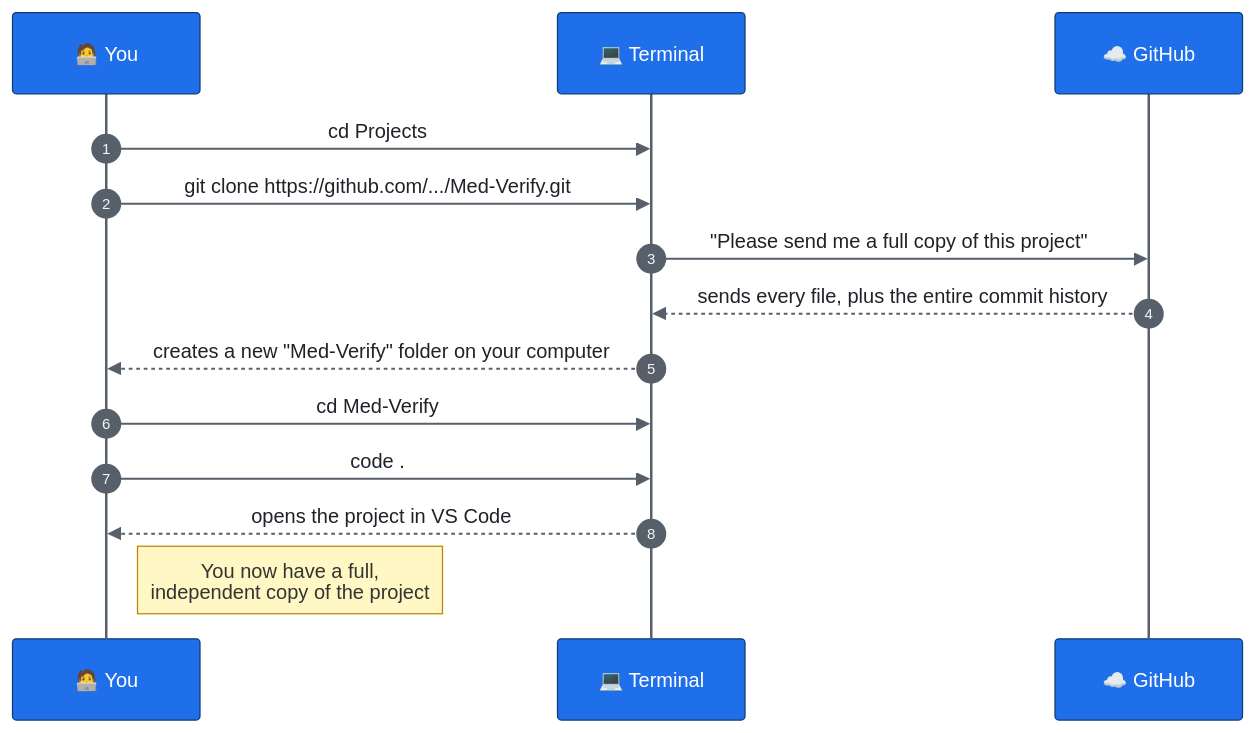
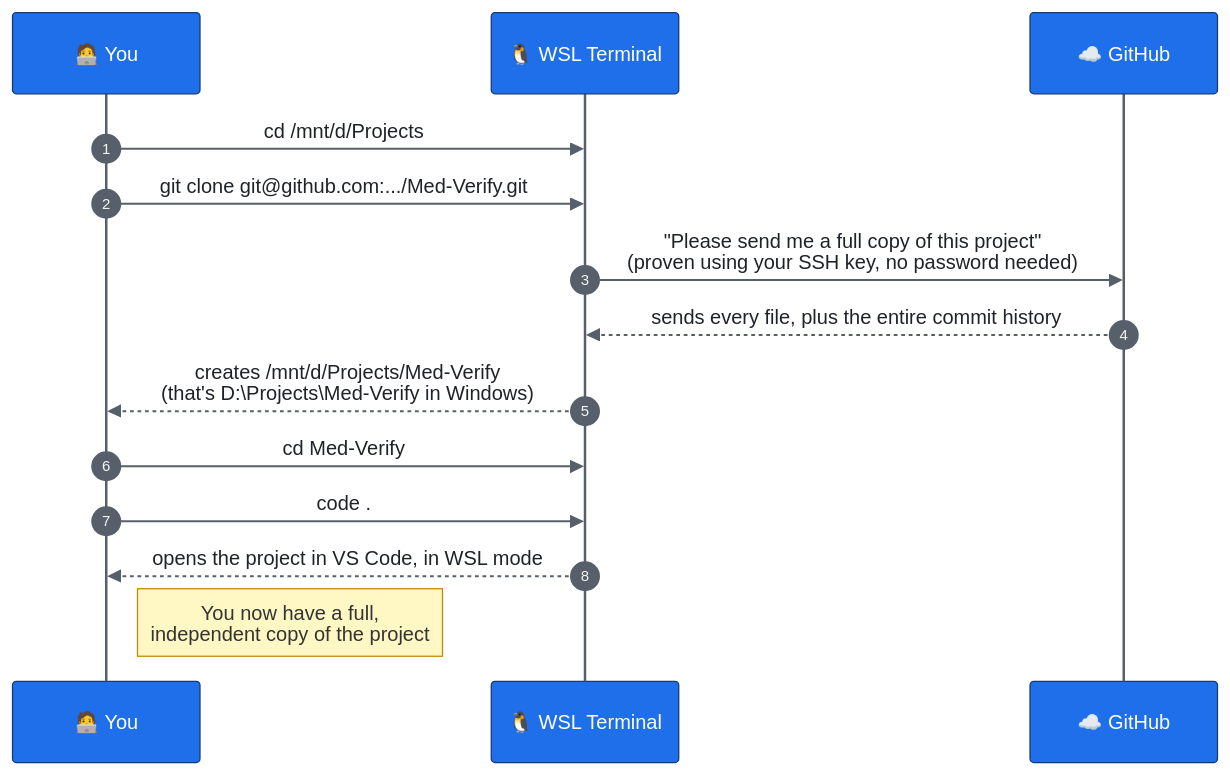
The diagram in Knowledge/02-first-time-setup.md (bhuvi-garg/Med-Verify), drawn with Mermaid before and after one commit. The commit also changed other lines of this file and 7 other files, not shown here.

````diff
--- a/Knowledge/02-first-time-setup.md
+++ b/Knowledge/02-first-time-setup.md
@@ -67,18 +75,18 @@
 ```mermaid
 %%{init: {"theme": "base", "themeVariables": {"actorBkg": "#1f6feb", "actorBorder": "#123a75", "actorTextColor": "#ffffff", "actorLineColor": "#57606a", "signalColor": "#57606a", "signalTextColor": "#1f2328", "noteBkgColor": "#fff8c5", "noteBorderColor": "#bf8700"}} }%%
 sequenceDiagram
     autonumber
     participant You as 🧑‍💻 You
-    participant Term as 💻 Terminal
+    participant Term as 🐧 WSL Terminal
     participant GH as ☁️ GitHub
 
-    You->>Term: cd Projects
-    You->>Term: git clone https://github.com/.../Med-Verify.git
-    Term->>GH: "Please send me a full copy of this project"
+    You->>Term: cd /mnt/d/Projects
+    You->>Term: git clone git@github.com:.../Med-Verify.git
+    Term->>GH: "Please send me a full copy of this project"<br/>(proven using your SSH key, no password needed)
     GH-->>Term: sends every file, plus the entire commit history
-    Term-->>You: creates a new "Med-Verify" folder on your computer
+    Term-->>You: creates /mnt/d/Projects/Med-Verify<br/>(that's D:\Projects\Med-Verify in Windows)
     You->>Term: cd Med-Verify
     You->>Term: code .
-    Term-->>You: opens the project in VS Code
+    Term-->>You: opens the project in VS Code, in WSL mode
     Note right of You: You now have a full,<br/>independent copy of the project
 ```
````
